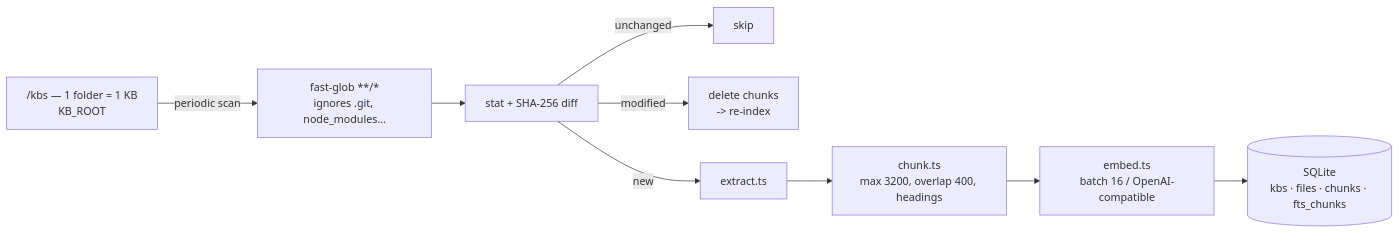
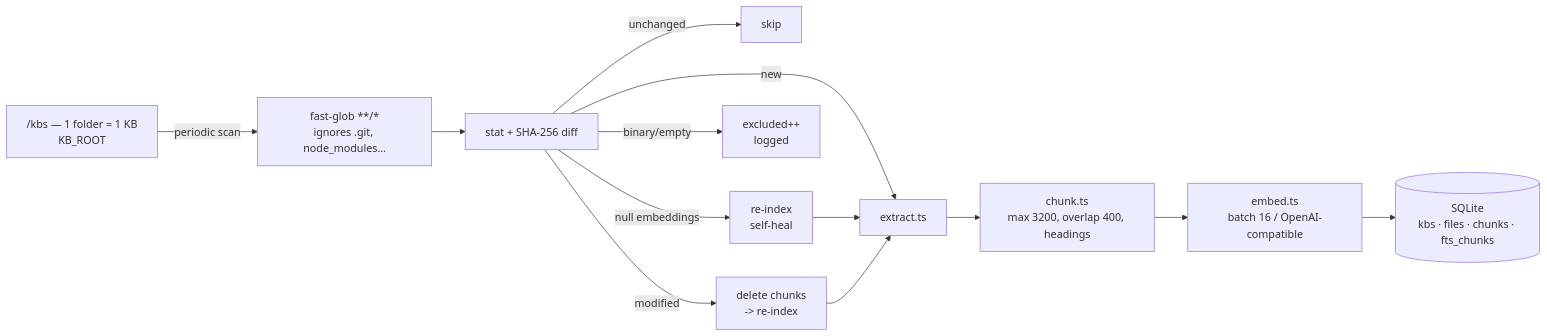
One commit to openhoat/rag-hub-mcp changed the second of 3 diagrams in docs/guide/architecture.md. Above: the diagram before and after it, drawn with Mermaid. The commit also changed other lines of this file and 9 other files, not shown here.

First line of the commit message:
docs: add markdownlint and fix README diagram for npm

````diff
--- a/docs/guide/architecture.md
+++ b/docs/guide/architecture.md
@@ -60,11 +60,15 @@
 ```mermaid
 graph LR
     F["/kbs — 1 folder = 1 KB<br/>KB_ROOT"] -->|periodic scan| GLOB["fast-glob **/*<br/>ignores .git, node_modules…"]
     GLOB --> STAT["stat + SHA-256 diff"]
     STAT -->|unchanged| SKIP["skip"]
-    STAT -->|modified| RE["delete chunks<br/>-> re-index"]
+    STAT -->|null embeddings| RE["re-index<br/>self-heal"]
+    STAT -->|binary/empty| EXCL["excluded++<br/>logged"]
+    STAT -->|modified| REMOD["delete chunks<br/>-> re-index"]
     STAT -->|new| EXTR["extract.ts"]
+    RE --> EXTR
+    REMOD --> EXTR
     EXTR --> CH["chunk.ts<br/>max 3200, overlap 400, headings"]
     CH --> EMB["embed.ts<br/>batch 16 / OpenAI-compatible"]
     EMB --> DB[("SQLite<br/>kbs · files · chunks · fts_chunks")]
 ```
````
